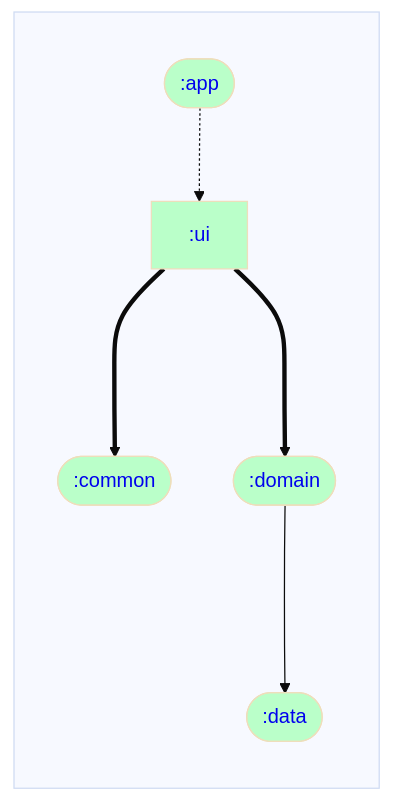
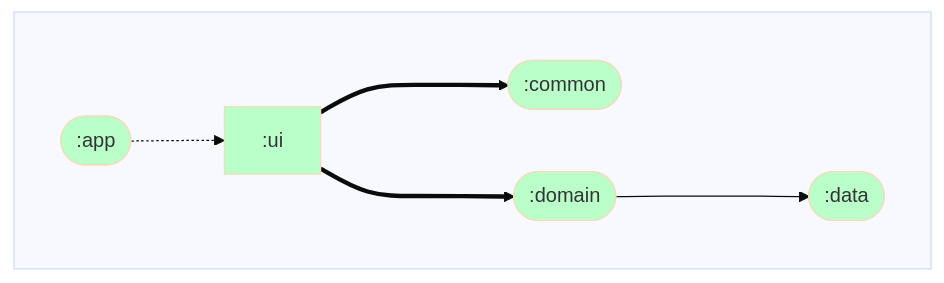
One commit to ARES-ID/Daedalus changed the diagram in ui/dependencyGraph.md. Above: the diagram before and after it, drawn with Mermaid. The commit also changed 12 other files, not shown here.

Commit message:
Fix kotlinter & dependency graphs

````diff
--- a/ui/dependencyGraph.md
+++ b/ui/dependencyGraph.md
@@ -1,28 +1,28 @@
 ```mermaid
 %%{ init: { 'theme': 'base' } }%%
 graph LR;
 
 %% Styling for module nodes by type
 classDef rootNode stroke-width:4px;
 classDef mppNode fill:#ffd2b3,color:#333333;
 classDef andNode fill:#baffc9,color:#333333;
 classDef javaNode fill:#ffb3ba,color:#333333;
 
 %% Modules
 subgraph  
-  direction TB;
-  :app([<a href='https://github.com/rjspies/Daedalus/blob/main/app/dependencyGraph.md' style='text-decoration:auto'>:app</a>]):::andNode;
-  :common([<a href='https://github.com/rjspies/Daedalus/blob/main/common/dependencyGraph.md' style='text-decoration:auto'>:common</a>]):::andNode;
-  :data([<a href='https://github.com/rjspies/Daedalus/blob/main/data/dependencyGraph.md' style='text-decoration:auto'>:data</a>]):::andNode;
-  :domain([<a href='https://github.com/rjspies/Daedalus/blob/main/domain/dependencyGraph.md' style='text-decoration:auto'>:domain</a>]):::andNode;
-  :ui[<a href='https://github.com/rjspies/Daedalus/blob/main/ui/dependencyGraph.md' style='text-decoration:auto'>:ui</a>]:::andNode;
+  direction LR;
+  :app([:app]):::andNode;
+  :common([:common]):::andNode;
+  :data([:data]):::andNode;
+  :domain([:domain]):::andNode;
+  :ui[:ui]:::andNode;
 end
 
 %% Dependencies
 :ui===>:common
 :ui===>:domain
 :domain--->:data
 
 %% Dependents
 :app-.->:ui
 ```
````
